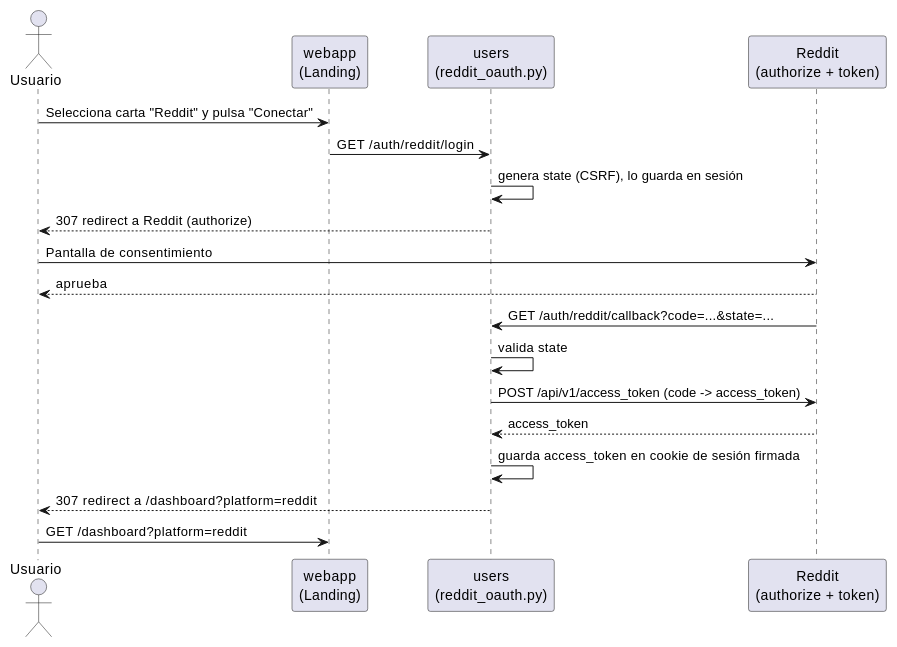
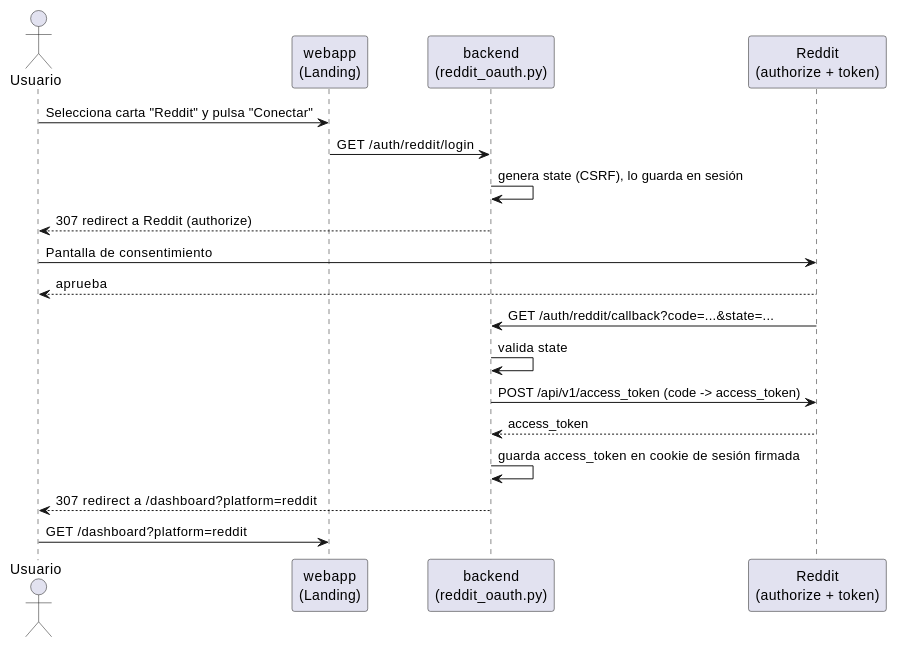
Before and after one commit to nacho50900/AmITraceable: the first of 6 diagrams in docs/src/06_runtime_view.adoc, drawn with PlantUML. The commit also changed other lines of this file and 11 other files, not shown here.

```diff
--- a/docs/src/06_runtime_view.adoc
+++ b/docs/src/06_runtime_view.adoc
@@ -11,21 +11,21 @@
 [plantuml, "Secuencia OAuth Reddit", png]
 ----
 actor Usuario
 participant "webapp\n(Landing)" as FE
-participant "users\n(reddit_oauth.py)" as BE
+participant "backend\n(reddit_oauth.py)" as BE
 participant "Reddit\n(authorize + token)" as Reddit
 
 Usuario -> FE: Selecciona carta "Reddit" y pulsa "Conectar"
 FE -> BE: GET /auth/reddit/login
 BE -> BE: genera state (CSRF), lo guarda en sesión
 BE --> Usuario: 307 redirect a Reddit (authorize)
 Usuario -> Reddit: Pantalla de consentimiento
 Reddit --> Usuario: aprueba
 Reddit -> BE: GET /auth/reddit/callback?code=...&state=...
 BE -> BE: valida state
 BE -> Reddit: POST /api/v1/access_token (code -> access_token)
 Reddit --> BE: access_token
 BE -> BE: guarda access_token en cookie de sesión firmada
 BE --> Usuario: 307 redirect a /dashboard?platform=reddit
 Usuario -> FE: GET /dashboard?platform=reddit
 ----
```
